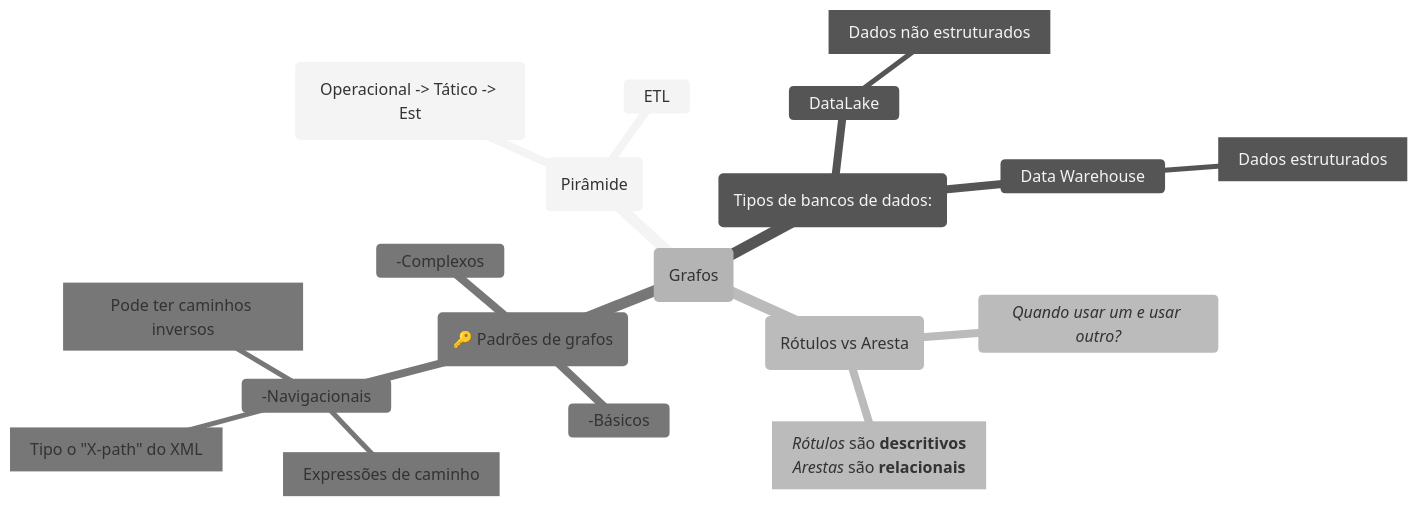
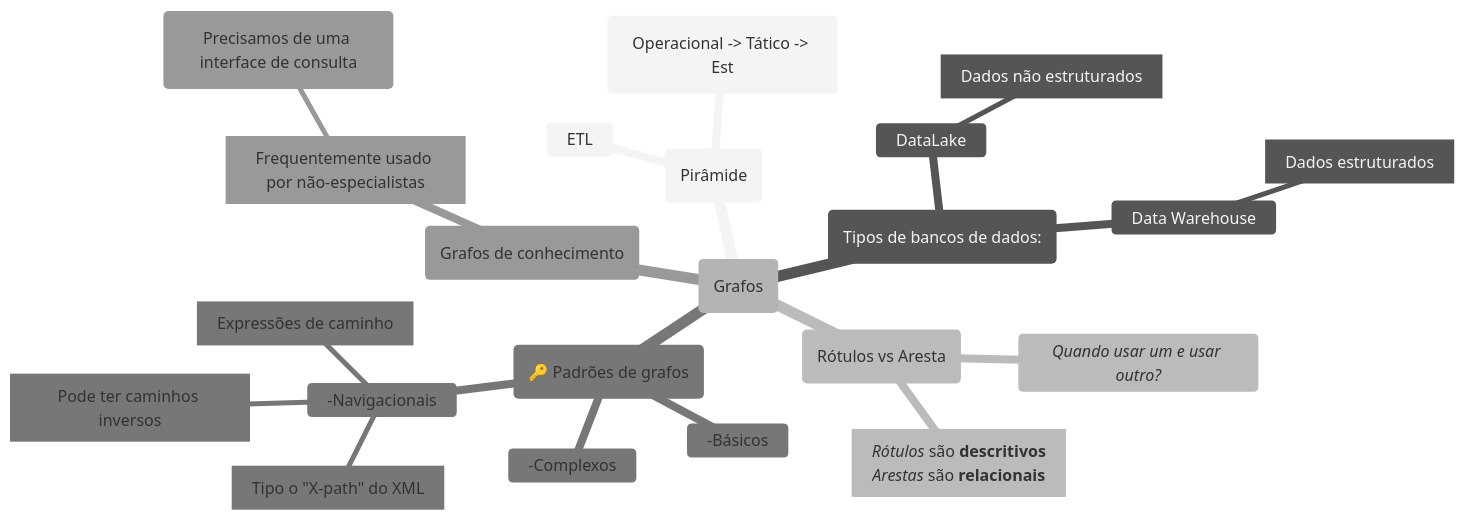
One commit to Igorino/joplin-notes changed the diagram in Mestrado/Segundo Semestre/SIN5033 - Grafos de conhecimento e Ontologias/Anotações/De Aulas/Aula do dia 2026 04 08.md. Above: the diagram before and after it, drawn with Mermaid (neutral theme).

Commit message:
Exported on 2026-04-08_16-05-51

````diff
--- a/Mestrado/Segundo Semestre/SIN5033 - Grafos de conhecimento e Ontologias/Anotações/De Aulas/Aula do dia 2026 04 08.md
+++ b/Mestrado/Segundo Semestre/SIN5033 - Grafos de conhecimento e Ontologias/Anotações/De Aulas/Aula do dia 2026 04 08.md
@@ -1,31 +1,34 @@
 ```mermaid
 mindmap
 	Root(Grafos)
 		(Pirâmide)
 			("Operacional -> Tático -> Est")
 			ETL
 
 		(Tipos de bancos de dados:)		
 			DataLake
 				[Dados não estruturados]
 			Data Warehouse
 				[Dados estruturados]
 
 		(Rótulos vs Aresta)
 			*Quando usar um e usar outro?*
 			[*Rótulos* são **descritivos**
 			*Arestas* são **relacionais**]
 
 		(🔑 Padrões de grafos)
 			-Básicos
 			-Complexos
 			-Navigacionais
 				[Tipo o "X-path" do XML]
 				["Expressões de caminho"]
 				[Pode ter caminhos inversos]
 
-		
+		(Grafos de conhecimento)
+			[Frequentemente usado por não-especialistas]
+				(Precisamos de uma interface de consulta)
+				
 
 
 			
 ```
````
